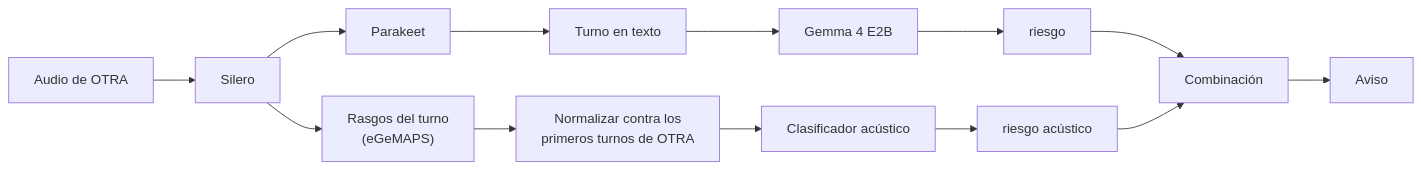
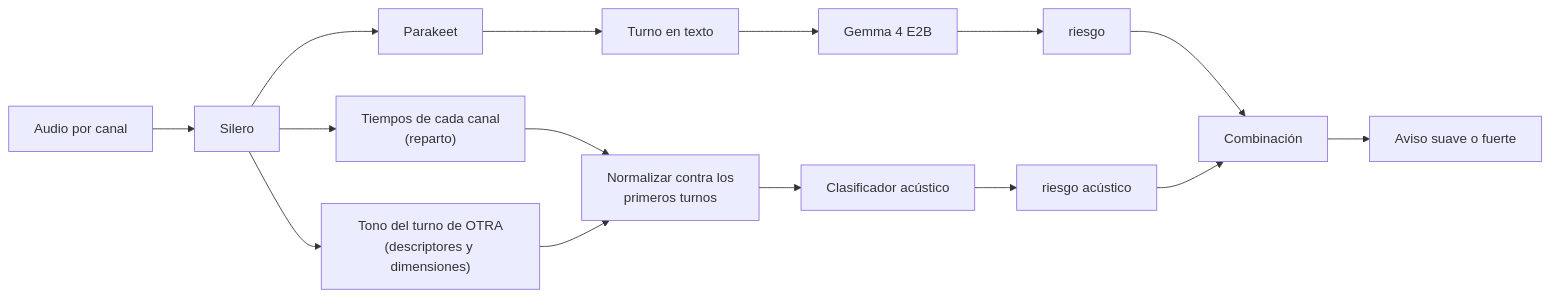
The diagram in docs/investigacion/MEJORA-FUTURA-ANALISIS-ACUSTICO.md (Corchets/bitacora_tesis), drawn with Mermaid before and after one commit. The commit also changed other lines of this file and 1 other file, not shown here.

First line of the commit message:
docs: centrar la propuesta acústica en el tono y sumar reparto y proyecciones

````diff
--- a/docs/investigacion/MEJORA-FUTURA-ANALISIS-ACUSTICO.md
+++ b/docs/investigacion/MEJORA-FUTURA-ANALISIS-ACUSTICO.md
@@ -73,8 +128,9 @@
 ```mermaid
 flowchart LR
-    A["Audio de OTRA"] --> V["Silero"] --> P["Parakeet"] --> T["Turno en texto"] --> G["Gemma 4 E2B"] --> R["riesgo"]
-    V --> X["Rasgos del turno<br/>(eGeMAPS)"] --> N["Normalizar contra los<br/>primeros turnos de OTRA"] --> C["Clasificador acústico"] --> S["riesgo acústico"]
+    A["Audio por canal"] --> V["Silero"] --> P["Parakeet"] --> T["Turno en texto"] --> G["Gemma 4 E2B"] --> R["riesgo"]
+    V --> Q["Tiempos de cada canal<br/>(reparto)"] --> N
+    V --> X["Tono del turno de OTRA<br/>(descriptores y dimensiones)"] --> N["Normalizar contra los<br/>primeros turnos"] --> C["Clasificador acústico"] --> S["riesgo acústico"]
     R --> F["Combinación"]
     S --> F
-    F --> AV["Aviso"]
+    F --> AV["Aviso suave o fuerte"]
 ```
````
